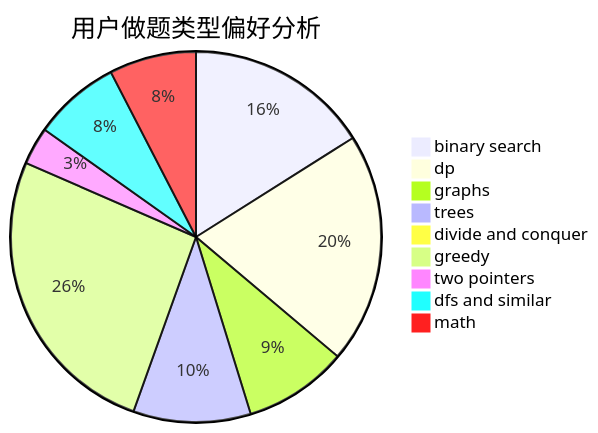
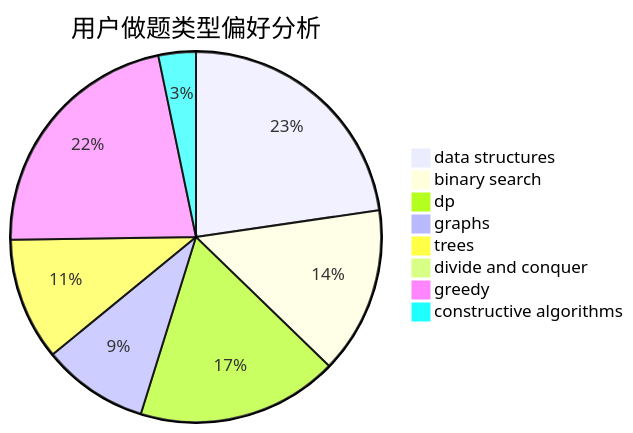
The second of 3 diagrams in docs/user/u1517.md (sherpahu/cfrs.github.io), drawn with Mermaid before and after one commit. The commit also changed other lines of this file and 2775 other files, not shown here.

````diff
--- a/docs/user/u1517.md
+++ b/docs/user/u1517.md
@@ -23,12 +23,11 @@
 ```mermaid
 pie title 用户做题类型偏好分析
-    "binary search" :  205
-    "dp" :  257
-    "graphs" :  116
-    "trees" :  131
+    "data structures" :  257
+    "binary search" :  165
+    "dp" :  199
+    "graphs" :  105
+    "trees" :  121
     "divide and conquer" :  8
-    "greedy" :  333
-    "two pointers" :  42
-    "dfs and similar" :  97
-    "math" :  97
+    "greedy" :  249
+    "constructive algorithms" :  37
 ```
````
